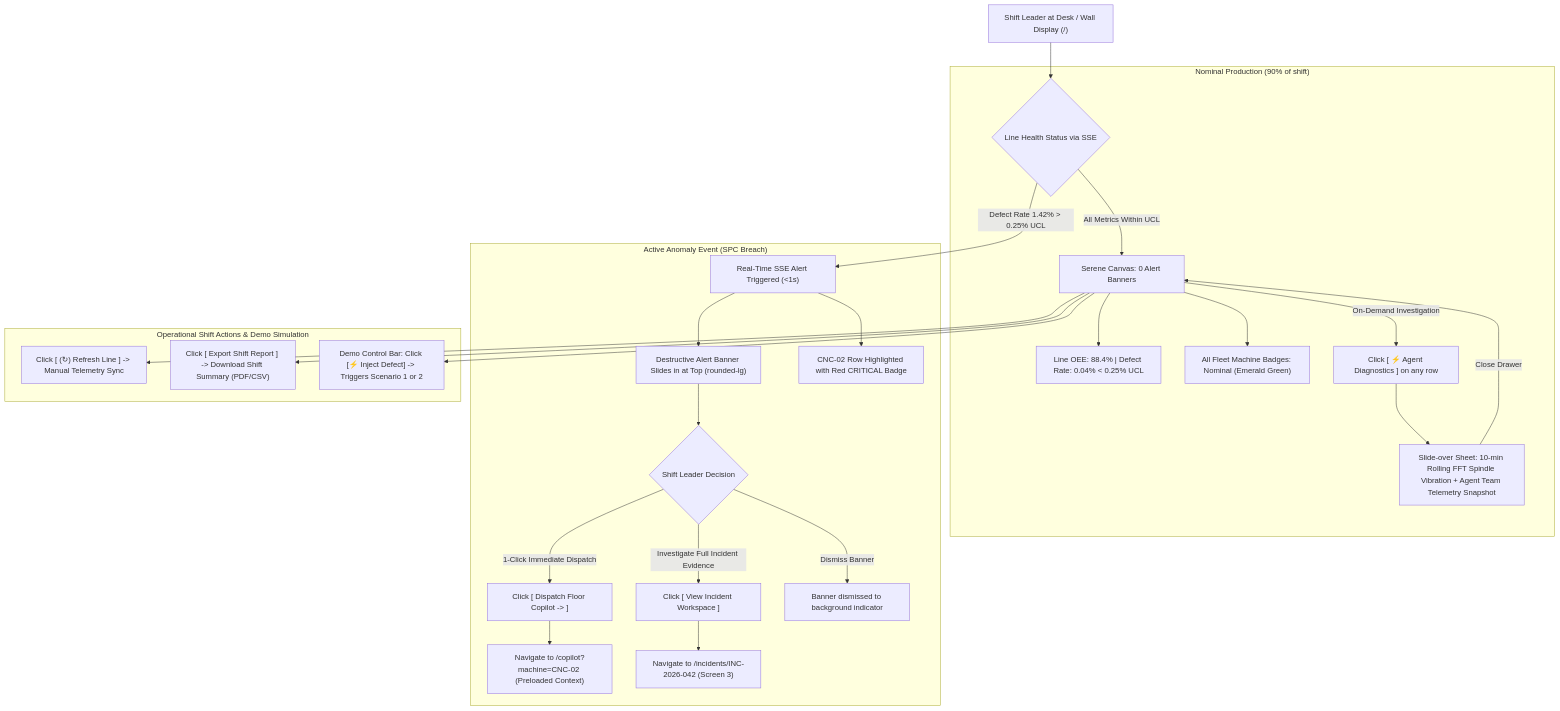
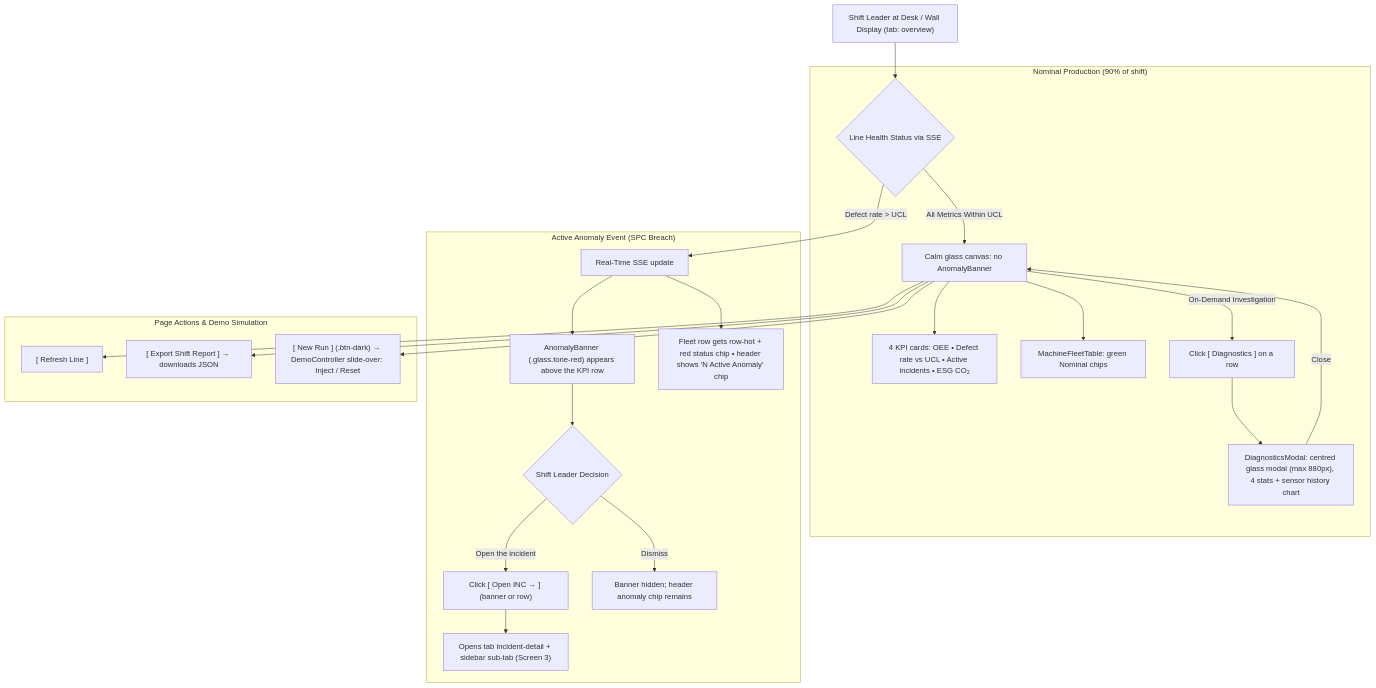
Before and after one commit to vanduc2514/hackathon-builder-cup-manufacturing-anomaly: the diagram in docs/wireframes/01_line_overview.md, drawn with Mermaid. The commit also changed other lines of this file and 7 other files, not shown here.

````diff
--- a/docs/wireframes/01_line_overview.md
+++ b/docs/wireframes/01_line_overview.md
@@ -16,34 +17,30 @@
 ```mermaid
 flowchart TD
-    A["Shift Leader at Desk / Wall Display (/)"] --> B{"Line Health Status via SSE"}
-    
+    A["Shift Leader at Desk / Wall Display (tab: overview)"] --> B{"Line Health Status via SSE"}
+
     subgraph Nominal ["Nominal Production (90% of shift)"]
-        B -->|"All Metrics Within UCL"| C["Serene Canvas: 0 Alert Banners"]
-        C --> C1["Line OEE: 88.4% | Defect Rate: 0.04% < 0.25% UCL"]
-        C --> C2["All Fleet Machine Badges: Nominal (Emerald Green)"]
-        C -->|"On-Demand Investigation"| D["Click [ ⚡ Agent Diagnostics ] on any row"]
-        D --> D1["Slide-over Sheet: 10-min Rolling FFT Spindle Vibration + Agent Team Telemetry Snapshot"]
-        D1 -->|"Close Drawer"| C
+        B -->|"All Metrics Within UCL"| C["Calm glass canvas: no AnomalyBanner"]
+        C --> C1["4 KPI cards: OEE • Defect rate vs UCL • Active incidents • ESG CO₂"]
+        C --> C2["MachineFleetTable: green Nominal chips"]
+        C -->|"On-Demand Investigation"| D["Click [ Diagnostics ] on a row"]
+        D --> D1["DiagnosticsModal: centred glass modal (max 880px), 4 stats + sensor history chart"]
+        D1 -->|"Close"| C
     end
-    
+
     subgraph Anomaly ["Active Anomaly Event (SPC Breach)"]
-        B -->|"Defect Rate 1.42% > 0.25% UCL"| E["Real-Time SSE Alert Triggered (<1s)"]
-        E --> F["Destructive Alert Banner Slides in at Top (rounded-lg)"]
-        E --> G["CNC-02 Row Highlighted with Red CRITICAL Badge"]
-        
+        B -->|"Defect rate > UCL"| E["Real-Time SSE update"]
+        E --> F["AnomalyBanner (.glass.tone-red) appears above the KPI row"]
+        E --> G["Fleet row gets row-hot + red status chip • header shows 'N Active Anomaly' chip"]
+
         F --> H{"Shift Leader Decision"}
-        H -->|"1-Click Immediate Dispatch"| I["Click [ Dispatch Floor Copilot -> ]"]
-        I --> I1["Navigate to /copilot?machine=CNC-02 (Preloaded Context)"]
-        
-        H -->|"Investigate Full Incident Evidence"| J["Click [ View Incident Workspace ]"]
-        J --> J1["Navigate to /incidents/INC-2026-042 (Screen 3)"]
-        
-        H -->|"Dismiss Banner"| K["Banner dismissed to background indicator"]
+        H -->|"Open the incident"| I["Click [ Open INC → ] (banner or row)"]
+        I --> I1["Opens tab incident-detail + sidebar sub-tab (Screen 3)"]
+        H -->|"Dismiss"| K["Banner hidden; header anomaly chip remains"]
     end
-    
-    subgraph Actions ["Operational Shift Actions & Demo Simulation"]
-        C --> L["Click [ (↻) Refresh Line ] -> Manual Telemetry Sync"]
-        C --> M["Click [ Export Shift Report ] -> Download Shift Summary (PDF/CSV)"]
-        C --> N["Demo Control Bar: Click [⚡ Inject Defect] -> Triggers Scenario 1 or 2"]
+
+    subgraph Actions ["Page Actions & Demo Simulation"]
+        C --> L["[ Refresh Line ]"]
+        C --> M["[ Export Shift Report ] → downloads JSON"]
+        C --> N["[ New Run ] (.btn-dark) → DemoController slide-over: Inject / Reset"]
     end
 ```
````
